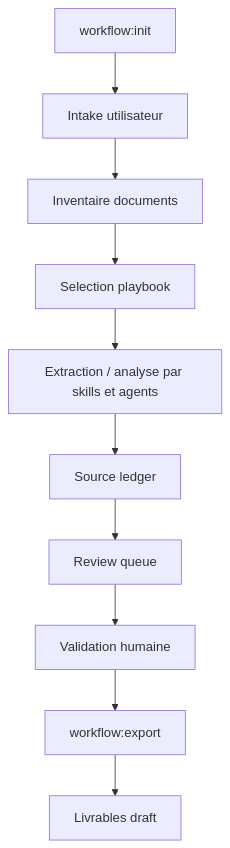
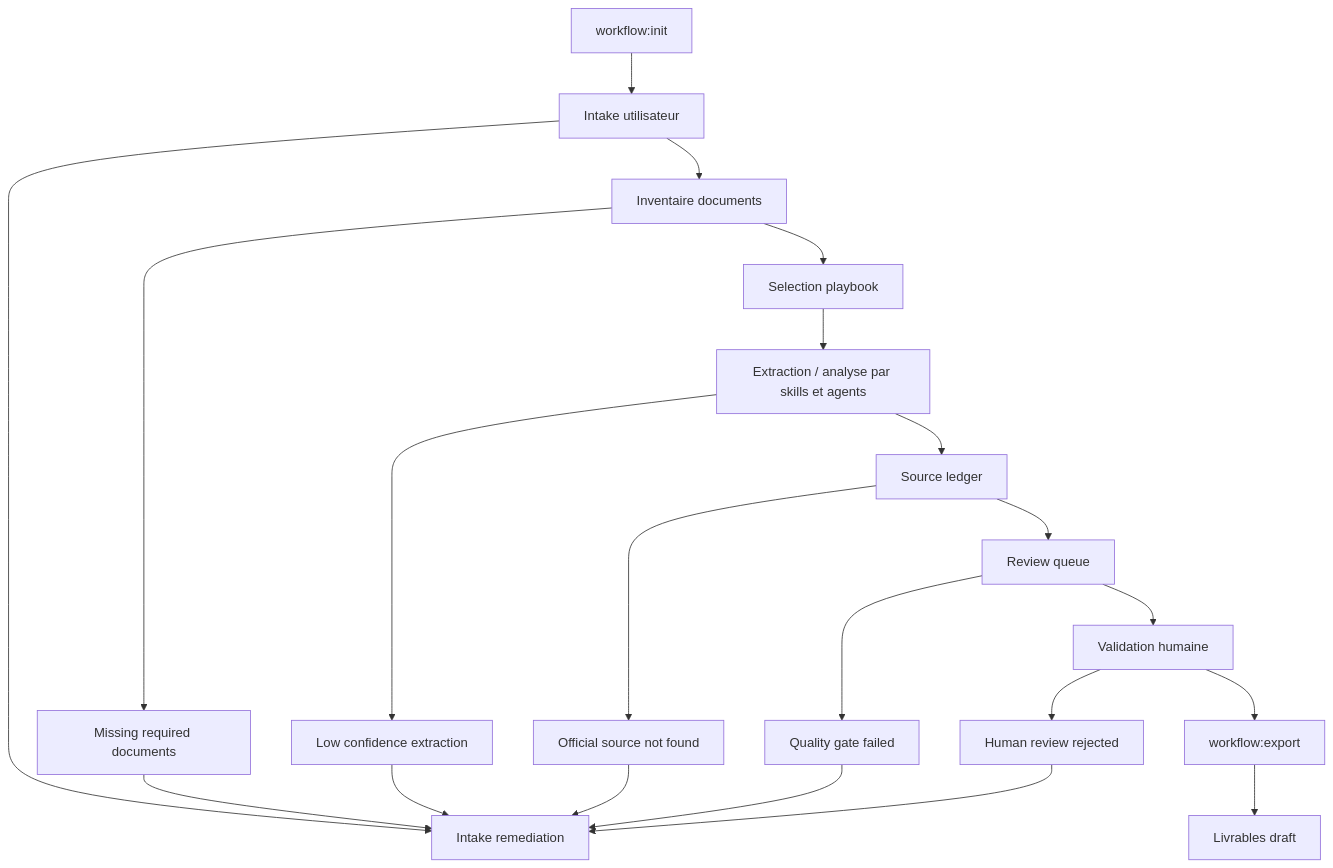
Before and after one commit to jamon8888/droit-cowork: the diagram in docs/superpowers/specs/2026-05-07-legal-fr-cowork-playbook-workflows-design.md, drawn with Mermaid. The commit also changed other lines of this file and 122 other files, not shown here.

````diff
--- a/docs/superpowers/specs/2026-05-07-legal-fr-cowork-playbook-workflows-design.md
+++ b/docs/superpowers/specs/2026-05-07-legal-fr-cowork-playbook-workflows-design.md
@@ -231,12 +247,23 @@
 ```mermaid
 flowchart TD
   A["workflow:init"] --> B["Intake utilisateur"]
   B --> C["Inventaire documents"]
+  B --> BR["Intake remediation"]
   C --> D["Selection playbook"]
+  C --> M["Missing required documents"]
   D --> E["Extraction / analyse par skills et agents"]
+  E --> L["Low confidence extraction"]
   E --> F["Source ledger"]
+  F --> S["Official source not found"]
   F --> G["Review queue"]
+  G --> Q["Quality gate failed"]
   G --> H["Validation humaine"]
+  H --> R["Human review rejected"]
   H --> I["workflow:export"]
   I --> J["Livrables draft"]
+  M --> BR
+  L --> BR
+  S --> BR
+  Q --> BR
+  R --> BR
 ```
````
